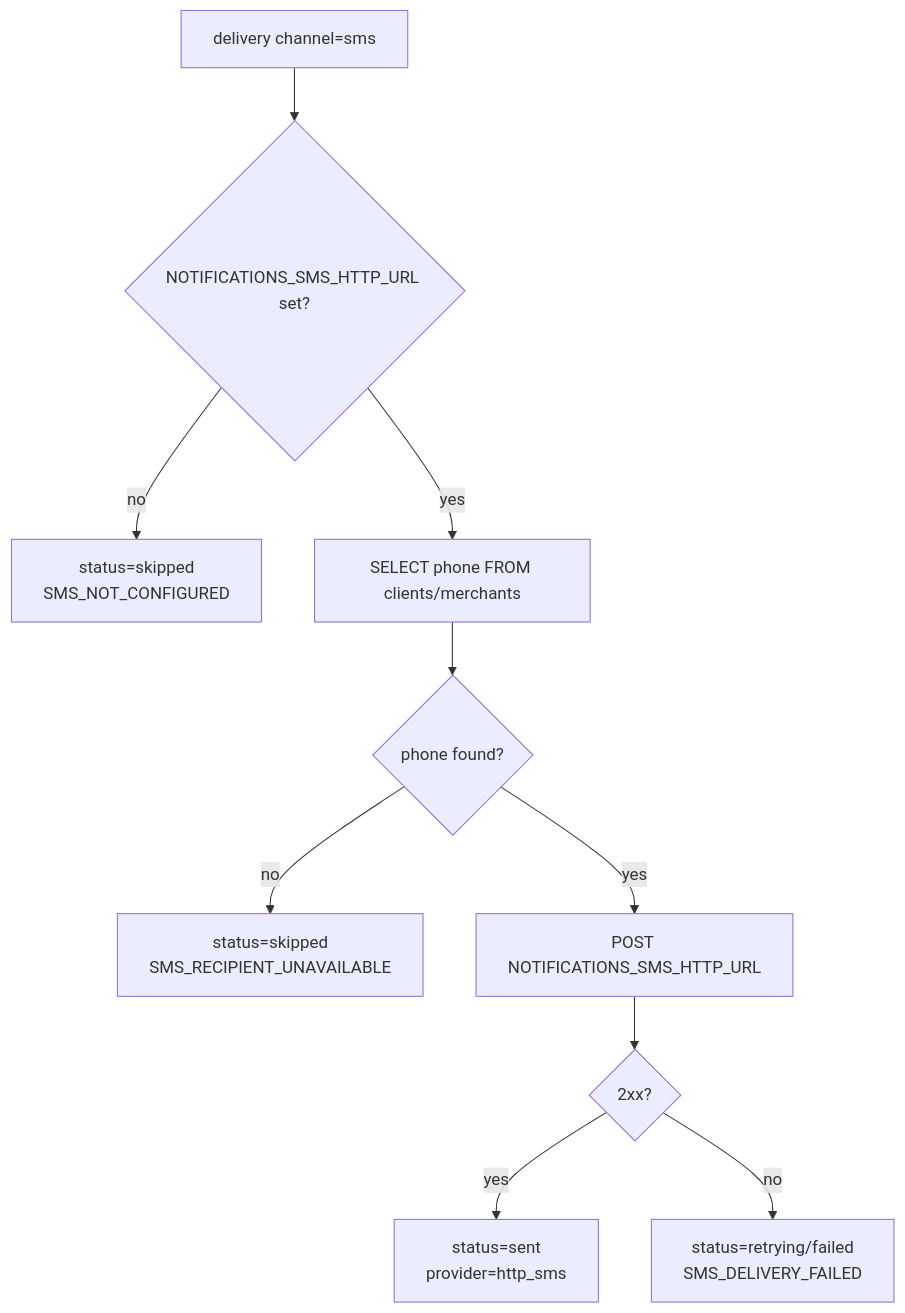
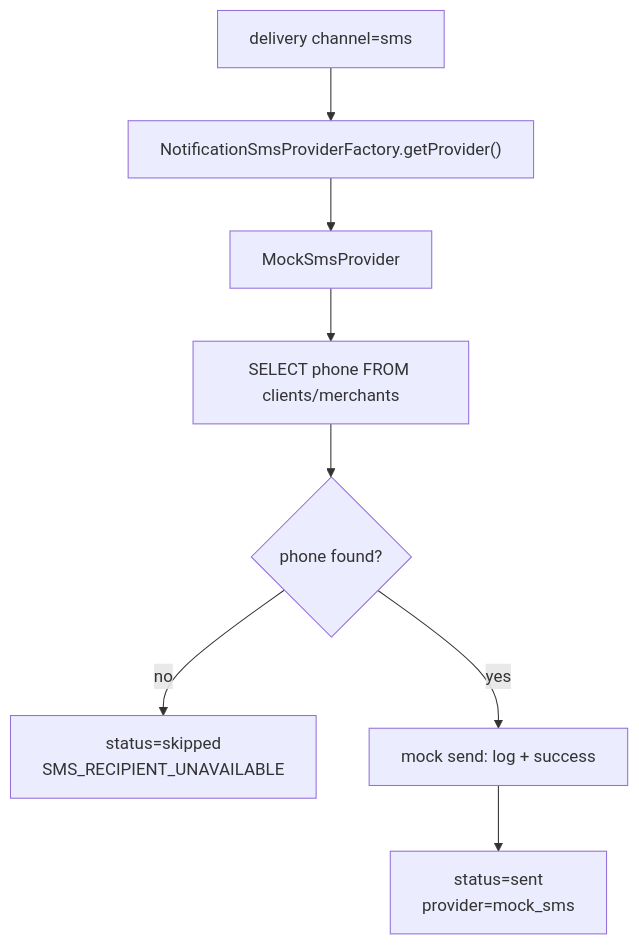
One commit to secure-deal/.github changed the tenth of 11 diagrams in specs/notifications.md. Above: the diagram before and after it, drawn with Mermaid. The commit also changed other lines of this file and 3 other files, not shown here.

````diff
--- a/specs/notifications.md
+++ b/specs/notifications.md
@@ -954,12 +966,10 @@
 ```mermaid
 flowchart TD
-  Delivery["delivery channel=sms"] --> Config{"NOTIFICATIONS_SMS_HTTP_URL set?"}
-  Config -- no --> SkippedConfig["status=skipped<br/>SMS_NOT_CONFIGURED"]
-  Config -- yes --> Phone["SELECT phone FROM clients/merchants"]
+  Delivery["delivery channel=sms"] --> Factory["NotificationSmsProviderFactory.getProvider()"]
+  Factory --> Mock["MockSmsProvider"]
+  Mock --> Phone["SELECT phone FROM clients/merchants"]
   Phone --> HasPhone{"phone found?"}
   HasPhone -- no --> SkippedPhone["status=skipped<br/>SMS_RECIPIENT_UNAVAILABLE"]
-  HasPhone -- yes --> Post["POST NOTIFICATIONS_SMS_HTTP_URL"]
-  Post --> Ok{"2xx?"}
-  Ok -- yes --> Sent["status=sent<br/>provider=http_sms"]
-  Ok -- no --> Retry["status=retrying/failed<br/>SMS_DELIVERY_FAILED"]
+  HasPhone -- yes --> Send["mock send: log + success"]
+  Send --> Sent["status=sent<br/>provider=mock_sms"]
 ```
````
